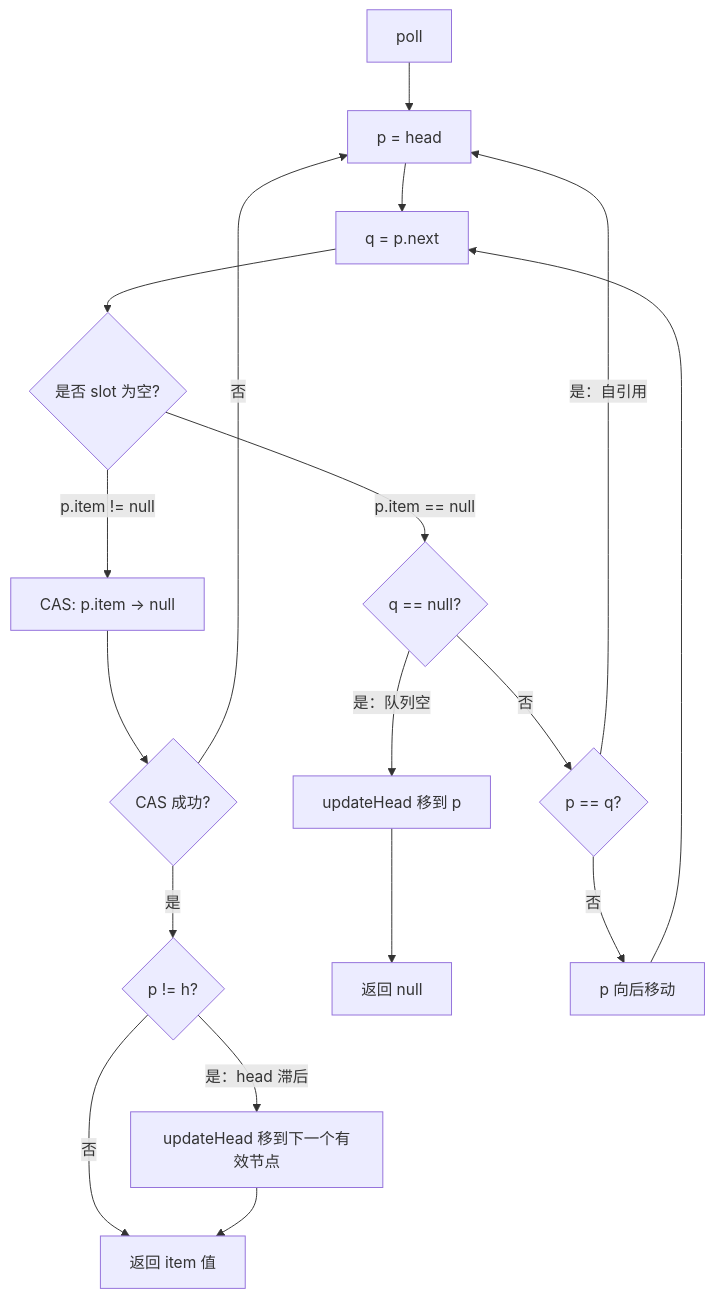
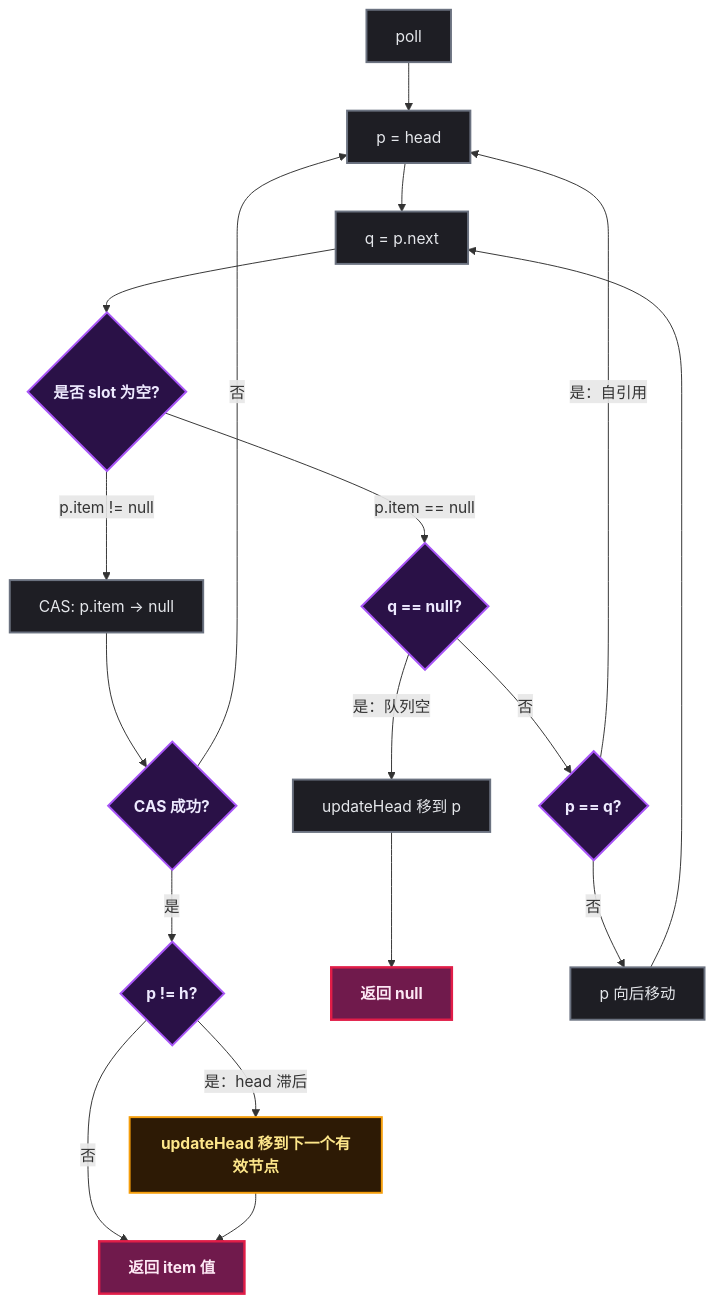
Before and after one commit to yaocat55/yaocat55.github.io: the fourth of 9 diagrams in content/posts/concurrency/ConcurrentLinkedQueue.md, drawn with Mermaid. The commit also changed other lines of this file and 155 other files, not shown here.

````diff
--- a/content/posts/concurrency/ConcurrentLinkedQueue.md
+++ b/content/posts/concurrency/ConcurrentLinkedQueue.md
@@ -245,20 +263,30 @@
 ```mermaid
 flowchart TD
+%% 半暗底色 + 高亮描边：完美适配博客深色/浅色双主题 %%
+classDef process fill:#1e1e24,stroke:#6b7280,stroke-width:2px,color:#e5e7eb;
+classDef condition fill:#2a1147,stroke:#a855f7,stroke-width:2px,color:#ede9fe,font-weight:bold;
+classDef branch fill:#2d1a05,stroke:#f59e0b,stroke-width:2px,color:#fde68a,font-weight:bold;
+classDef startEnd fill:#701a4c,stroke:#e11d48,stroke-width:2.5px,color:#fce7f3,font-weight:bold;
     A[poll] --> B[p = head]
     B --> C[q = p.next]
     C --> D{是否 slot 为空?}
     D -->|p.item != null| E["CAS: p.item → null"]
     E --> F{CAS 成功?}
     F -->|否| B
     F -->|是| G{p != h?}
     G -->|是：head 滞后| H[updateHead 移到下一个有效节点]
     G -->|否| I[返回 item 值]
     H --> I
     D -->|p.item == null| J{q == null?}
     J -->|是：队列空| K[updateHead 移到 p]
     K --> L[返回 null]
     J -->|否| M{p == q?}
     M -->|是：自引用| B
     M -->|否| N[p 向后移动]
     N --> C
+
+class H branch;
+class D,F,G,J,M condition;
+class A,B,C,E,K,N process;
+class I,L startEnd;
 ```
````
